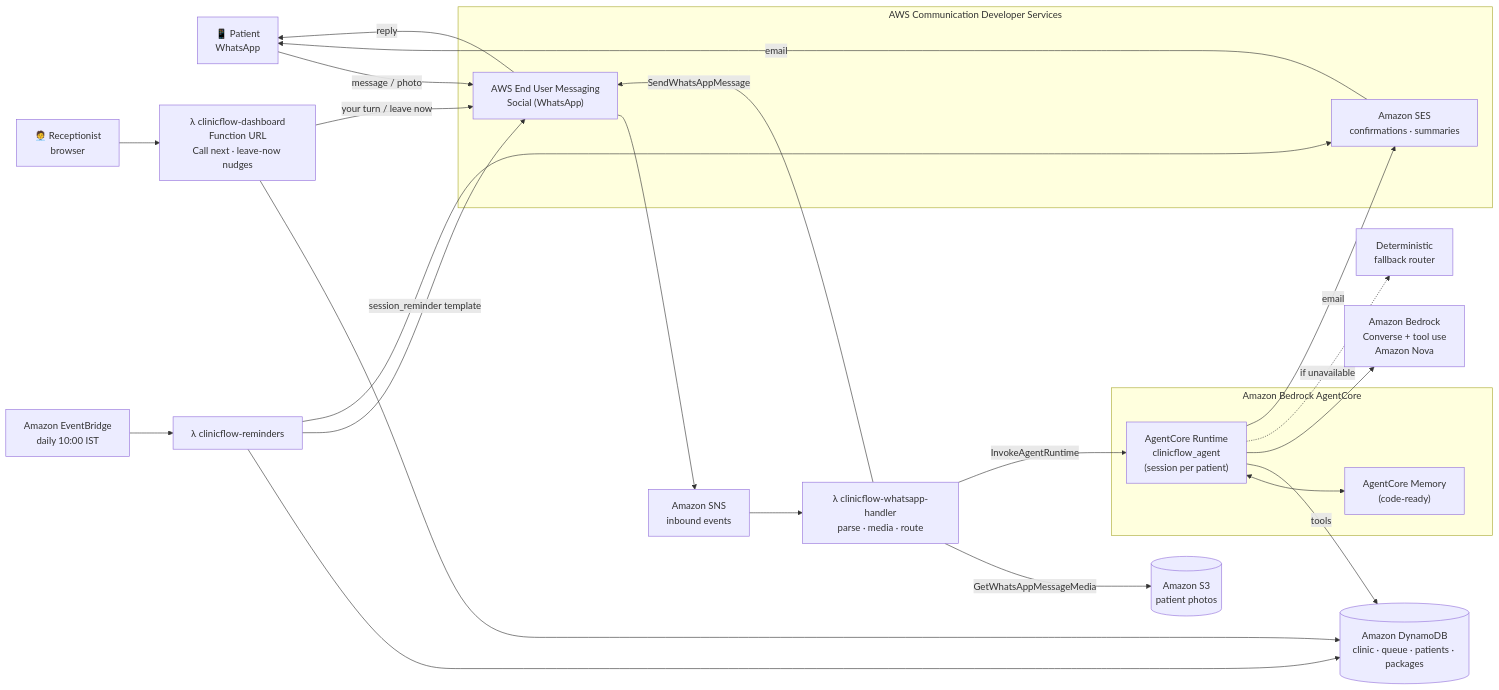
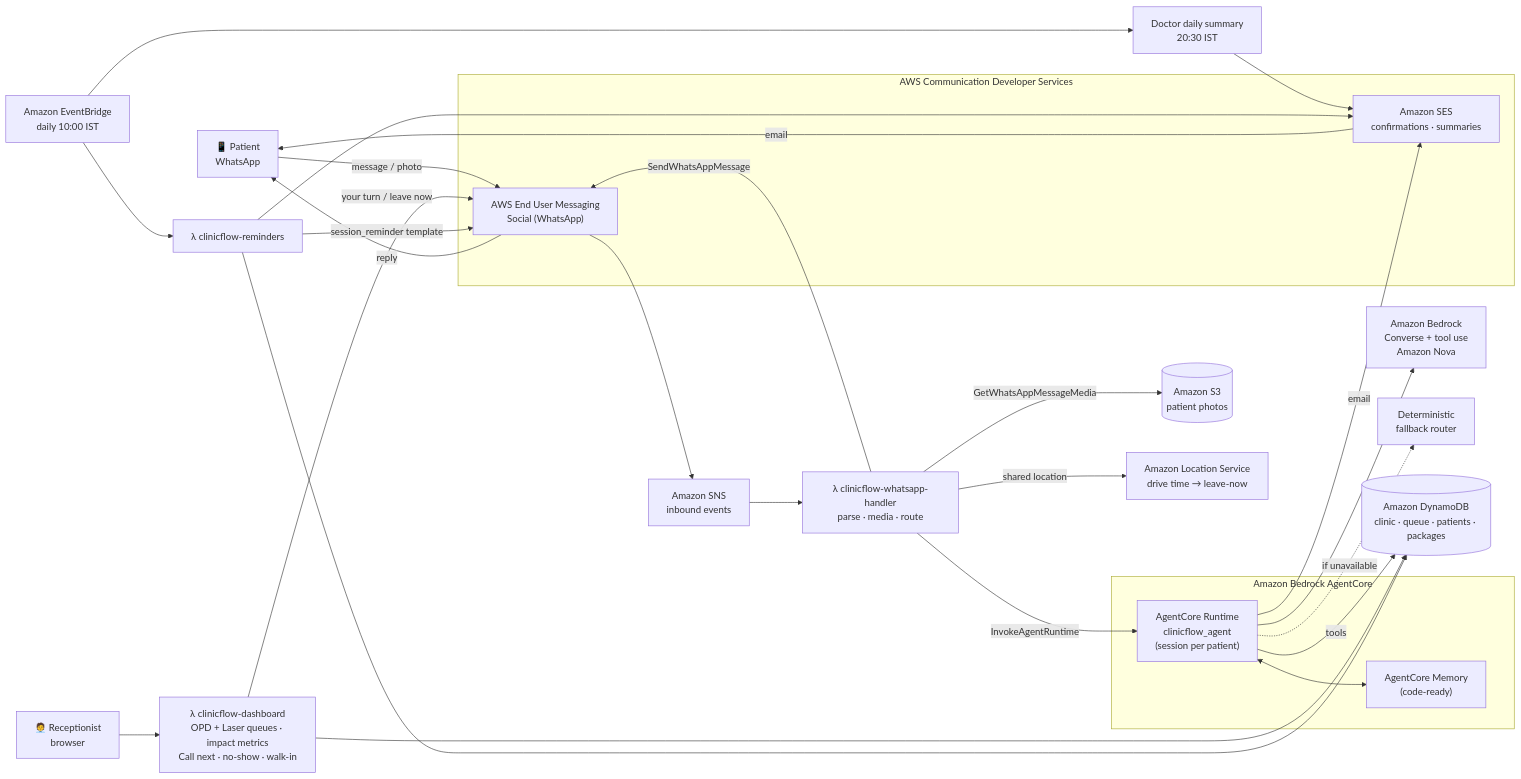
One commit to arpit2222/whatAuto changed the diagram in docs/architecture.mmd. Above: the diagram before and after it, drawn with Mermaid. The commit also changed 1 other file, not shown here.

Commit message:
Architecture diagram: Amazon Location + doctor summary

```diff
--- a/docs/architecture.mmd
+++ b/docs/architecture.mmd
@@ -1,36 +1,40 @@
 flowchart LR
   P["📱 Patient<br/>WhatsApp"]
   R["🧑‍💼 Receptionist<br/>browser"]
   subgraph CDS["AWS Communication Developer Services"]
     EUM["AWS End User Messaging<br/>Social (WhatsApp)"]
     SES["Amazon SES<br/>confirmations · summaries"]
   end
   SNS["Amazon SNS<br/>inbound events"]
   GW["λ clinicflow-whatsapp-handler<br/>parse · media · route"]
   subgraph AC["Amazon Bedrock AgentCore"]
     RT["AgentCore Runtime<br/>clinicflow_agent<br/>(session per patient)"]
     MEM["AgentCore Memory<br/>(code-ready)"]
   end
   BR["Amazon Bedrock<br/>Converse + tool use<br/>Amazon Nova"]
   FB["Deterministic<br/>fallback router"]
   DDB[("Amazon DynamoDB<br/>clinic · queue · patients · packages")]
   S3[("Amazon S3<br/>patient photos")]
-  DASH["λ clinicflow-dashboard<br/>Function URL<br/>Call next · leave-now nudges"]
+  LOC["Amazon Location Service<br/>drive time → leave-now"]
+  SUM["Doctor daily summary<br/>20:30 IST"]
+  DASH["λ clinicflow-dashboard<br/>OPD + Laser queues · impact metrics<br/>Call next · no-show · walk-in"]
   REM["λ clinicflow-reminders"]
   EB["Amazon EventBridge<br/>daily 10:00 IST"]
 
   P -- message / photo --> EUM --> SNS --> GW
   GW -- GetWhatsAppMessageMedia --> S3
+  GW -- shared location --> LOC
   GW -- InvokeAgentRuntime --> RT
   RT <--> MEM
   RT -- tools --> DDB
   RT --> BR
   RT -. if unavailable .-> FB
   RT -- email --> SES
   GW -- SendWhatsAppMessage --> EUM -- reply --> P
   R --> DASH --> DDB
   DASH -- your turn / leave now --> EUM
   EB --> REM --> DDB
+  EB --> SUM --> SES
   REM -- session_reminder template --> EUM
   REM --> SES
   SES -- email --> P
```
